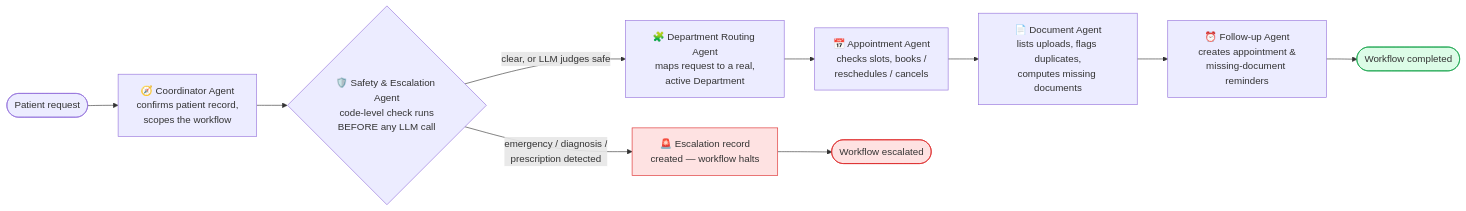
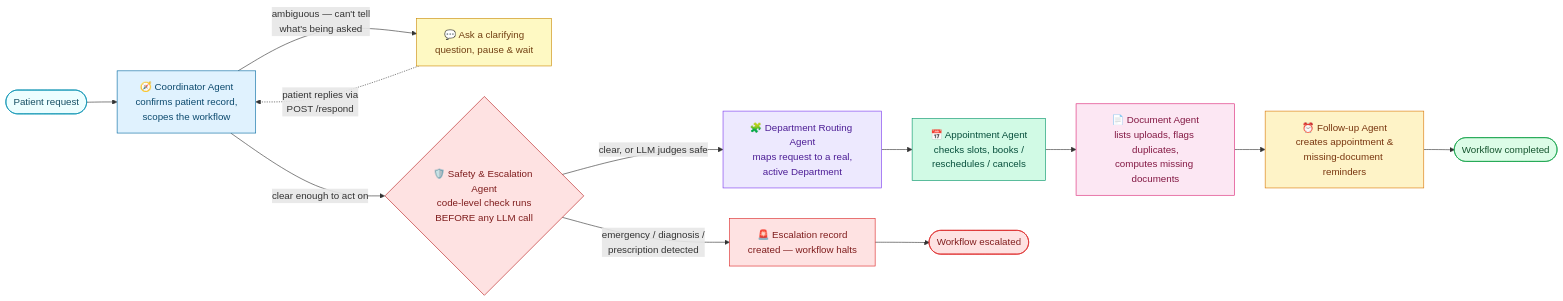
Before and after one commit to madhih2000/AgentCare: the second of 3 diagrams in README.md, drawn with Mermaid. The commit also changed other lines of this file and 16 other files, not shown here.

````diff
--- a/README.md
+++ b/README.md
@@ -91,24 +108,35 @@
 ```mermaid
 flowchart LR
     Start([Patient request]) --> Coordinator
 
-    Coordinator["🧭 Coordinator Agent<br/>confirms patient record,<br/>scopes the workflow"] --> Safety
+    Coordinator["🧭 Coordinator Agent<br/>confirms patient record,<br/>scopes the workflow"]
+    Coordinator -->|ambiguous — can't tell<br/>what's being asked| Clarify["💬 Ask a clarifying<br/>question, pause & wait"]
+    Clarify -.->|patient replies via<br/>POST /respond| Coordinator
+    Coordinator -->|clear enough to act on| Safety
 
     Safety{"🛡️ Safety & Escalation Agent<br/>code-level check runs<br/>BEFORE any LLM call"}
     Safety -->|emergency / diagnosis /<br/>prescription detected| Escalate["🚨 Escalation record<br/>created — workflow halts"]
     Safety -->|clear, or LLM judges safe| Routing
 
     Routing["🧩 Department Routing Agent<br/>maps request to a real,<br/>active Department"] --> Appointment
 
     Appointment["📅 Appointment Agent<br/>checks slots, books /<br/>reschedules / cancels"] --> Document
 
     Document["📄 Document Agent<br/>lists uploads, flags duplicates,<br/>computes missing documents"] --> Followup
 
     Followup["⏰ Follow-up Agent<br/>creates appointment &<br/>missing-document reminders"] --> Done([Workflow completed])
 
     Escalate --> DoneEscalated([Workflow escalated])
 
-    style Escalate fill:#fee2e2,stroke:#dc2626
-    style DoneEscalated fill:#fee2e2,stroke:#dc2626
-    style Done fill:#dcfce7,stroke:#16a34a
+    style Start fill:#ecfeff,stroke:#0891b2,color:#164e63
+    style Coordinator fill:#e0f2fe,stroke:#0369a1,color:#0c4a6e
+    style Clarify fill:#fef9c3,stroke:#ca8a04,color:#713f12
+    style Safety fill:#fee2e2,stroke:#b91c1c,color:#7f1d1d
+    style Routing fill:#ede9fe,stroke:#7c3aed,color:#4c1d95
+    style Appointment fill:#d1fae5,stroke:#059669,color:#064e3b
+    style Document fill:#fce7f3,stroke:#db2777,color:#831843
+    style Followup fill:#fef3c7,stroke:#d97706,color:#78350f
+    style Escalate fill:#fee2e2,stroke:#dc2626,color:#7f1d1d
+    style DoneEscalated fill:#fee2e2,stroke:#dc2626,color:#7f1d1d
+    style Done fill:#dcfce7,stroke:#16a34a,color:#14532d
 ```
````
